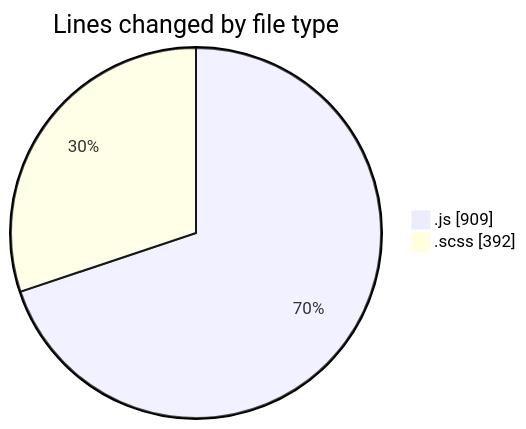
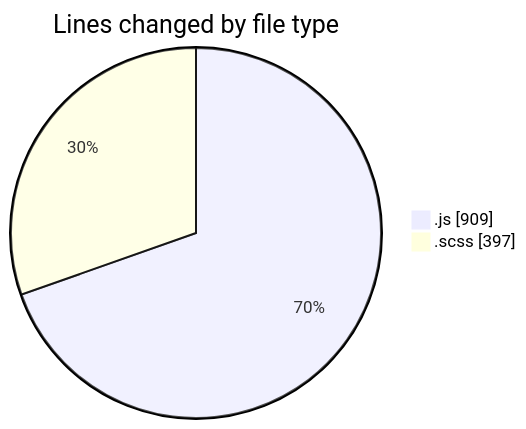
Before and after one commit to momahboobian/code-tracking: the first of 2 diagrams in 2026-01-05/cda/README.md, drawn with Mermaid. The commit also changed other lines of this file and 1 other file, not shown here.

````diff
--- a/2026-01-05/cda/README.md
+++ b/2026-01-05/cda/README.md
@@ -27,6 +27,6 @@
 ```mermaid
 pie showData
 title Lines changed by file type
 ".js" : 909
-".scss" : 392
+".scss" : 397
 ```
````
